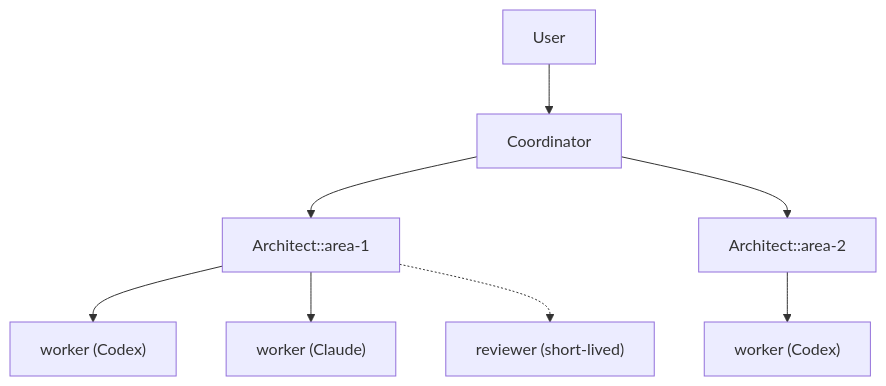
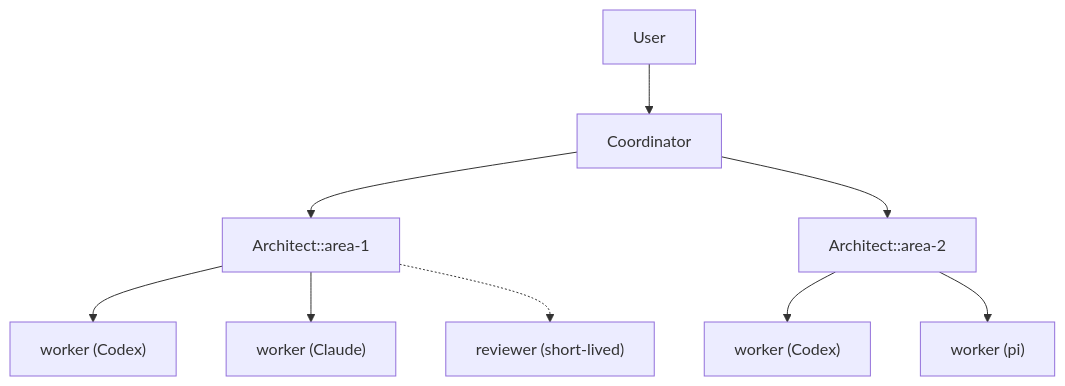
Before and after one commit to alexsavio/ai-agent-orchestration: the first of 5 diagrams in docs/architecture.md, drawn with Mermaid. The commit also changed other lines of this file and 17 other files, not shown here.

````diff
--- a/docs/architecture.md
+++ b/docs/architecture.md
@@ -7,10 +7,11 @@
 ```mermaid
 flowchart TD
     U[User] --> C[Coordinator]
     C --> A1["Architect::area-1"]
     C --> A2["Architect::area-2"]
     A1 --> W1["worker (Codex)"]
     A1 --> W2["worker (Claude)"]
     A1 -.-> R["reviewer (short-lived)"]
     A2 --> W3["worker (Codex)"]
+    A2 --> W4["worker (pi)"]
 ```
````
